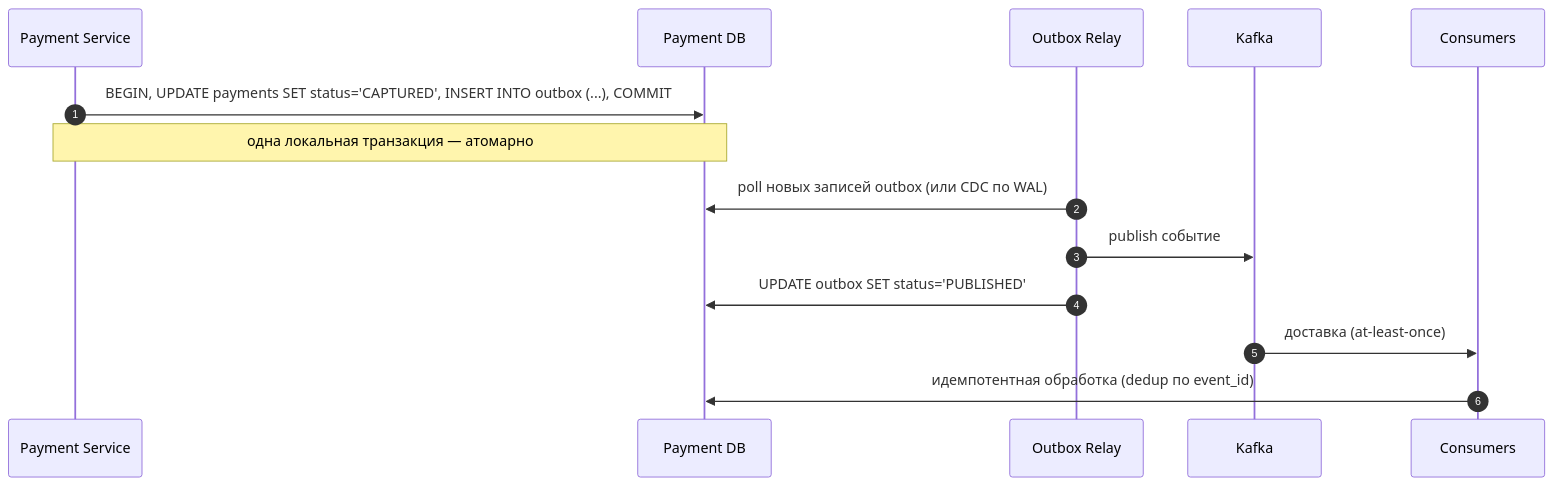
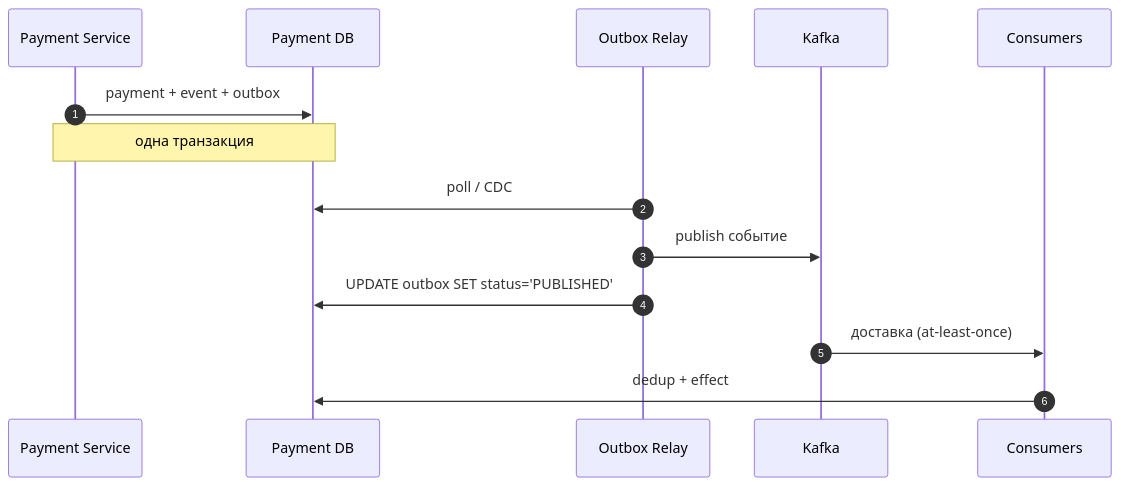
The fifth of 6 diagrams in 02-case-studies/payment-system.md (AlohaJava/system-design-interview-chamkin), drawn with Mermaid before and after one commit. The commit also changed other lines of this file and 49 other files, not shown here.

````diff
--- a/02-case-studies/payment-system.md
+++ b/02-case-studies/payment-system.md
@@ -339,17 +271,17 @@
 ```mermaid
 sequenceDiagram
     autonumber
     participant W as Payment Service
     participant DB as Payment DB
     participant R as Outbox Relay
     participant K as Kafka
     participant C as Consumers
 
-    W->>DB: BEGIN, UPDATE payments SET status='CAPTURED', INSERT INTO outbox (...), COMMIT
-    Note over W,DB: одна локальная транзакция — атомарно
-    R->>DB: poll новых записей outbox (или CDC по WAL)
+    W->>DB: payment + event + outbox
+    Note over W,DB: одна транзакция
+    R->>DB: poll / CDC
     R->>K: publish событие
     R->>DB: UPDATE outbox SET status='PUBLISHED'
     K->>C: доставка (at-least-once)
-    C->>DB: идемпотентная обработка (dedup по event_id)
+    C->>DB: dedup + effect
 ```
````
